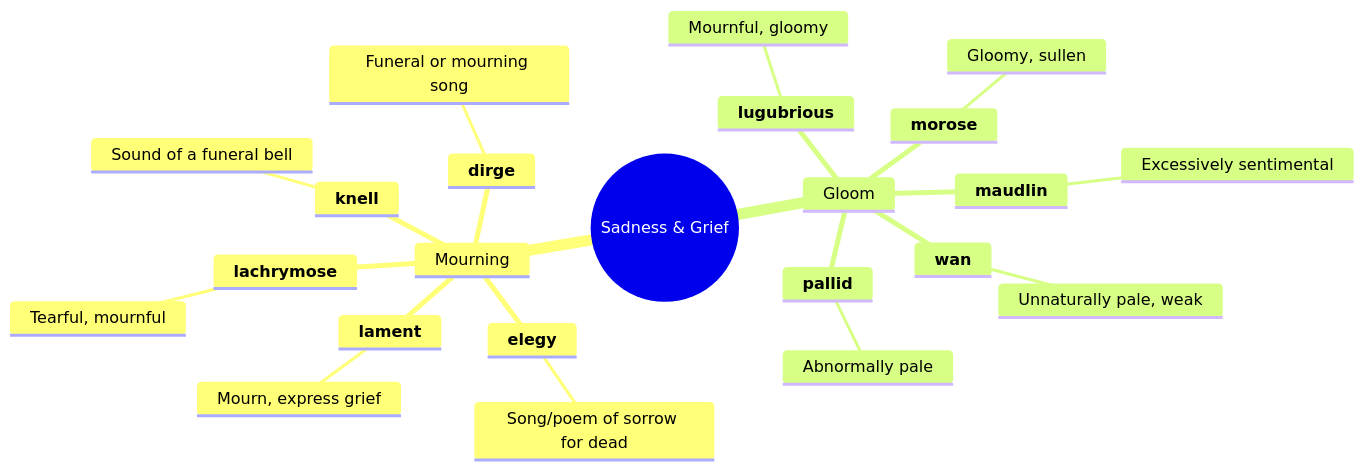
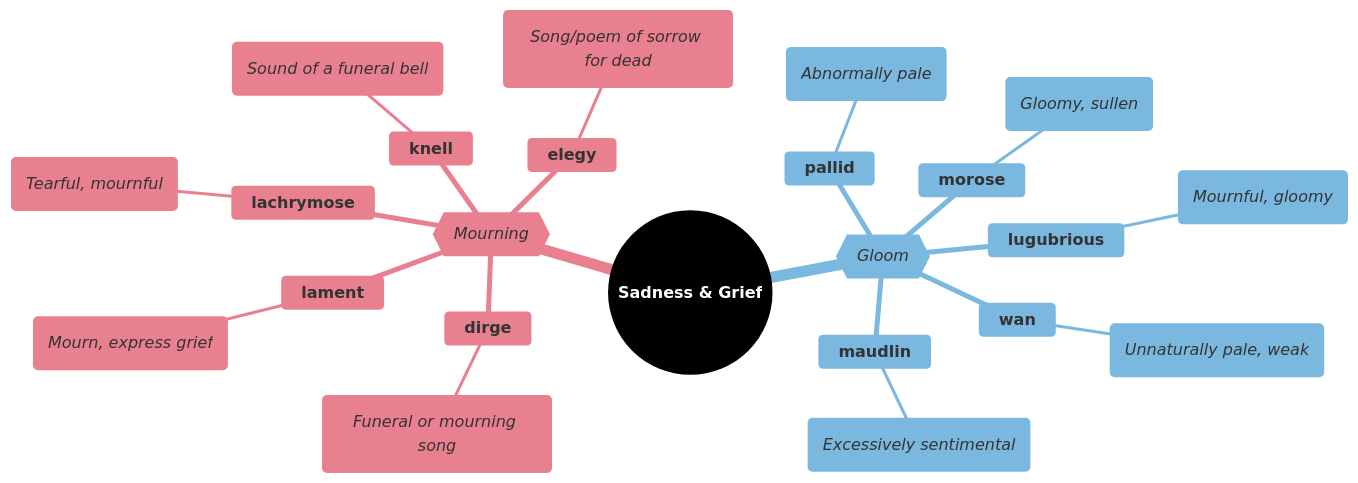
Before and after one commit to 95anantsingh/gre-preparation: the third of 9 diagrams in mindmaps/07-emotion-and-feeling.md, drawn with Mermaid. The commit also changed other lines of this file and 14 other files, not shown here.

````diff
--- a/mindmaps/07-emotion-and-feeling.md
+++ b/mindmaps/07-emotion-and-feeling.md
@@ -121,26 +171,45 @@
 ```mermaid
+%%{
+  init: {
+    "theme": "base",
+    "themeVariables": {
+      "primaryColor": "#000000",
+      "cScale1": "#e8808f",  "cScaleInv1": "#a33445",
+      "cScale2": "#7bb8e0",  "cScaleInv2": "#266a93",
+      "cScale3": "#6db993",  "cScaleInv3": "#23543f",
+      "cScale4": "#f5d07a",  "cScaleInv4": "#c4903b",
+      "cScale5": "#b08fcc",  "cScaleInv5": "#5d3b75",
+      "cScale6": "#74dace",  "cScaleInv6": "#217d72",
+      "cScale7": "#f09570",  "cScaleInv7": "#b84112",
+      "cScale8": "#8ea8c2",  "cScaleInv8": "#32465e",
+      "cScale9": "#cc7fba",  "cScaleInv9": "#7d2868",
+      "cScale10": "#c99a78", "cScaleInv10": "#7c4e32",
+      "cScale11": "#a3a3a3", "cScaleInv11": "#3d3d3d"
+    }
+  }
+}%%
 mindmap
-  root((Sadness & Grief))
-    Mourning
+  root((<font color=white>**Sadness & Grief**</font>))
+    {{_Mourning_}}
       **elegy**
-        Song/poem of sorrow for dead
+        (_Song/poem of sorrow for dead_)
       **dirge**
-        Funeral or mourning song
+        (_Funeral or mourning song_)
       **lament**
-        Mourn, express grief
+        (_Mourn, express grief_)
       **lachrymose**
-        Tearful, mournful
+        (_Tearful, mournful_)
       **knell**
-        Sound of a funeral bell
-    Gloom
+        (_Sound of a funeral bell_)
+    {{_Gloom_}}
       **morose**
-        Gloomy, sullen
+        (_Gloomy, sullen_)
       **lugubrious**
-        Mournful, gloomy
+        (_Mournful, gloomy_)
       **wan**
-        Unnaturally pale, weak
+        (_Unnaturally pale, weak_)
       **pallid**
-        Abnormally pale
+        (_Abnormally pale_)
       **maudlin**
-        Excessively sentimental
+        (_Excessively sentimental_)
 ```
````
